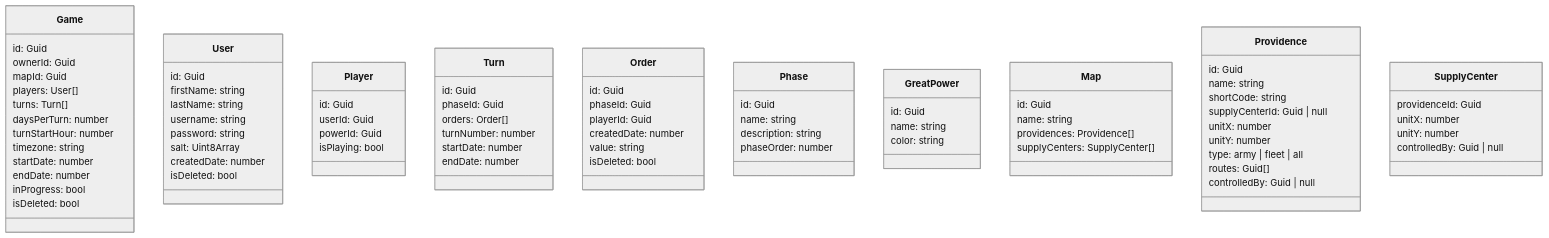
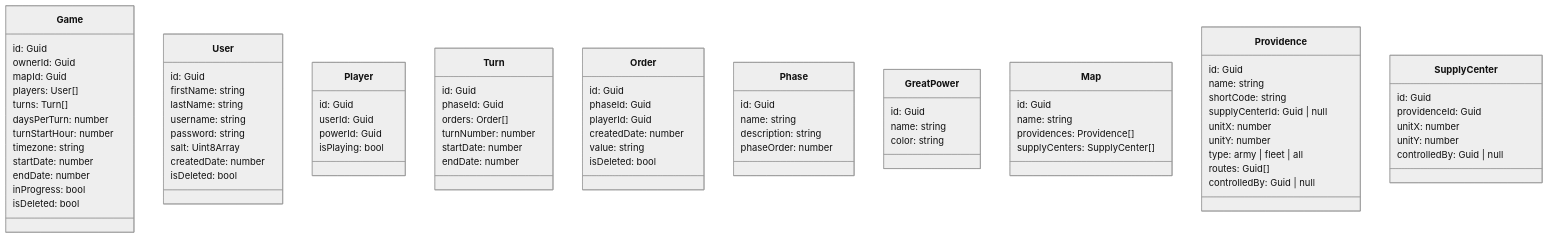
The diagram in README.md (JHerget/diplomacy-api), drawn with Mermaid (neutral theme) before and after one commit.

Commit message:
add id to supply center model

```diff
--- a/README.md
+++ b/README.md
@@ -86,6 +86,7 @@
     }
 
     class SupplyCenter {
+        id: Guid
         providenceId: Guid
         unitX: number
         unitY: number
```
